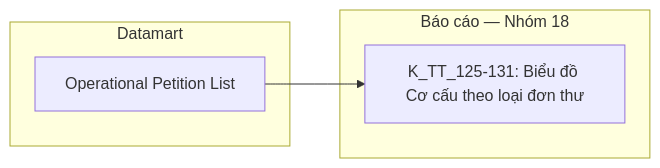
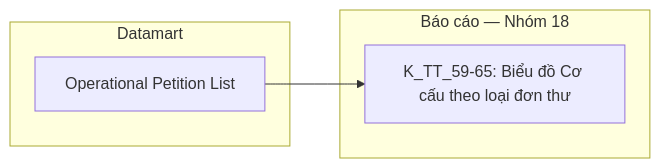
Diagram 46 of 50 in Datamart/hld/DTM_TT_HLD.md (linhlvit/ubck_atomic_design), drawn with Mermaid before and after one commit. The commit also changed other lines of this file and 8 other files, not shown here.

````diff
--- a/Datamart/hld/DTM_TT_HLD.md
+++ b/Datamart/hld/DTM_TT_HLD.md
@@ -1780,10 +1725,10 @@
 ```mermaid
 flowchart LR
     subgraph Datamart["Datamart"]
         G1["Operational Petition List"]
     end
     subgraph RPT["Báo cáo — Nhóm 18"]
-        R1["K_TT_125-131: Biểu đồ Cơ cấu theo loại đơn thư"]
+        R1["K_TT_59-65: Biểu đồ Cơ cấu theo loại đơn thư"]
     end
     G1 --> R1
 ```
````
